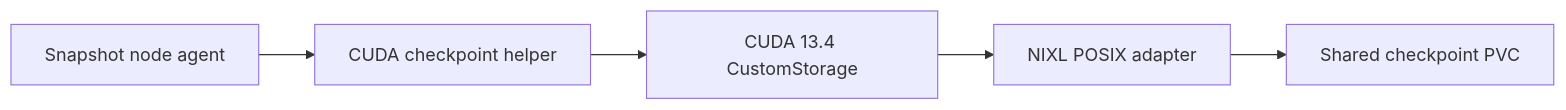
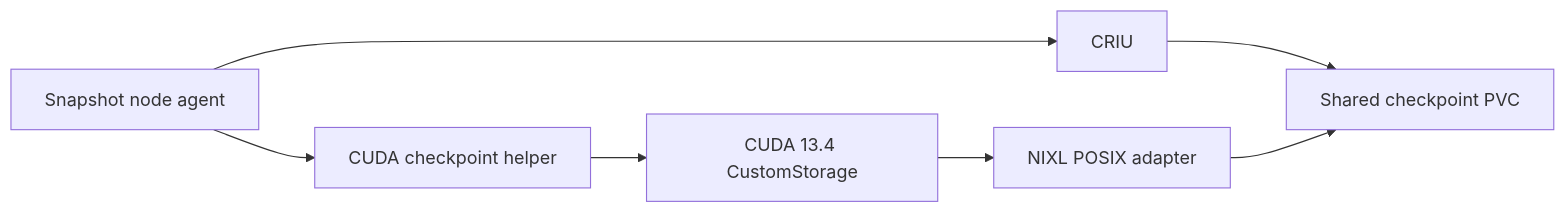
The diagram in docs/guides/custom-storage.md (ai-dynamo/snapshot), drawn with Mermaid before and after one commit. The commit also changed other lines of this file and 5 other files, not shown here.

````diff
--- a/docs/guides/custom-storage.md
+++ b/docs/guides/custom-storage.md
@@ -5,7 +5,9 @@
 ```mermaid
 flowchart LR
-    A["Snapshot node agent"] --> H["CUDA checkpoint helper"]
+    A["Snapshot node agent"] --> R["CRIU"]
+    R --> P["Shared checkpoint PVC"]
+    A --> H["CUDA checkpoint helper"]
     H --> C["CUDA 13.4 CustomStorage"]
     C --> N["NIXL POSIX adapter"]
     N --> P["Shared checkpoint PVC"]
 ```
````
